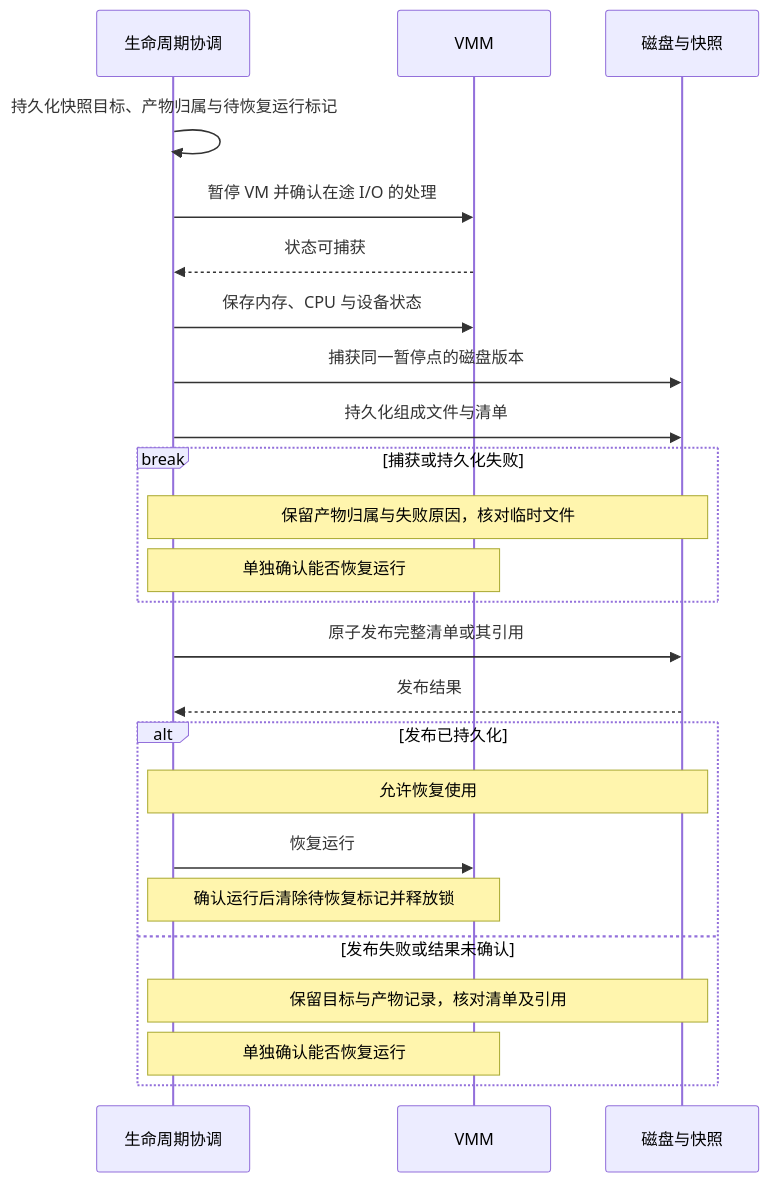
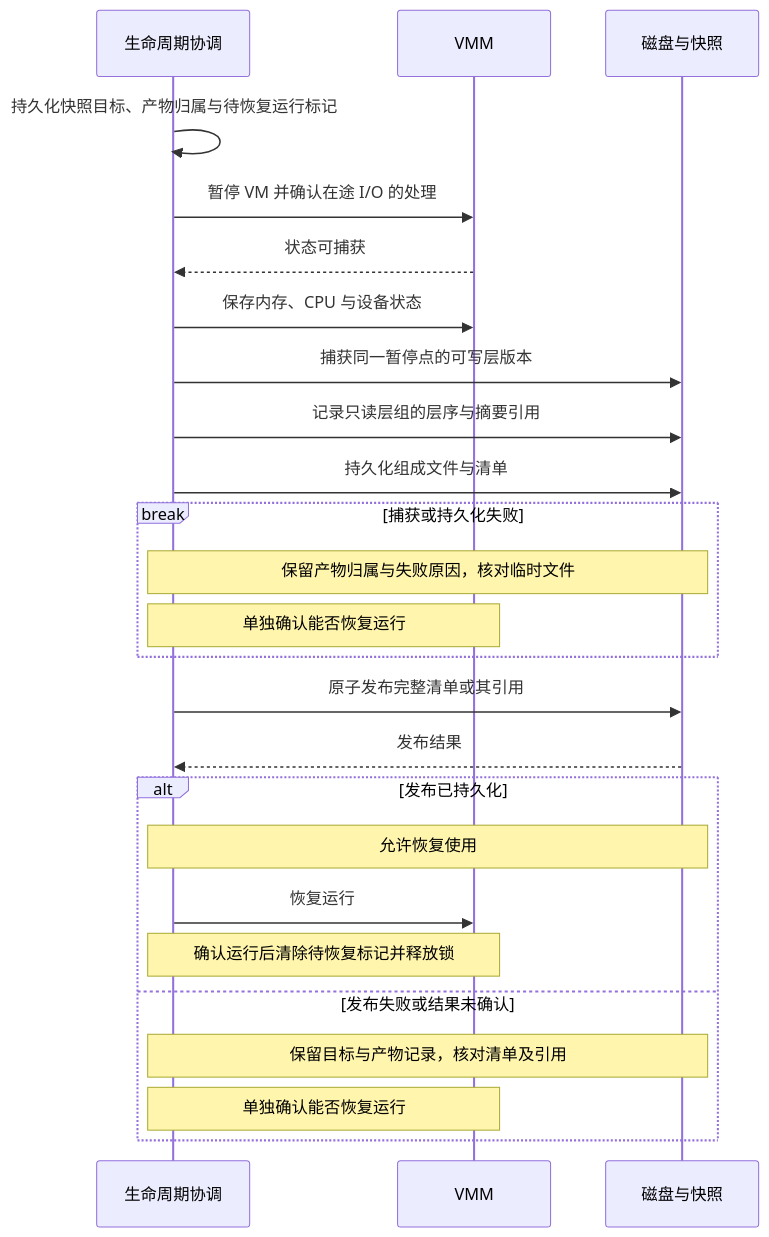
One commit to woxQAQ/sandbox-101 changed the fifth of 8 diagrams in architecture.md. Above: the diagram before and after it, drawn with Mermaid. The commit also changed other lines of this file and 1 other file, not shown here.

First line of the commit message:
architecture: 明确磁盘分层、只读层按 OCI 层拆分与宿主能力要求

````diff
--- a/architecture.md
+++ b/architecture.md
@@ -231,26 +286,27 @@
 ```mermaid
 sequenceDiagram
     participant E as 生命周期协调
     participant V as VMM
     participant S as 磁盘与快照
     E->>E: 持久化快照目标、产物归属与待恢复运行标记
     E->>V: 暂停 VM 并确认在途 I/O 的处理
     V-->>E: 状态可捕获
     E->>V: 保存内存、CPU 与设备状态
-    E->>S: 捕获同一暂停点的磁盘版本
+    E->>S: 捕获同一暂停点的可写层版本
+    E->>S: 记录只读层组的层序与摘要引用
     E->>S: 持久化组成文件与清单
     break 捕获或持久化失败
         Note over E,S: 保留产物归属与失败原因，核对临时文件
         Note over E,V: 单独确认能否恢复运行
     end
     E->>S: 原子发布完整清单或其引用
     S-->>E: 发布结果
     alt 发布已持久化
         Note over E,S: 允许恢复使用
         E->>V: 恢复运行
         Note over E,V: 确认运行后清除待恢复标记并释放锁
     else 发布失败或结果未确认
         Note over E,S: 保留目标与产物记录，核对清单及引用
         Note over E,V: 单独确认能否恢复运行
     end
 ```
````
